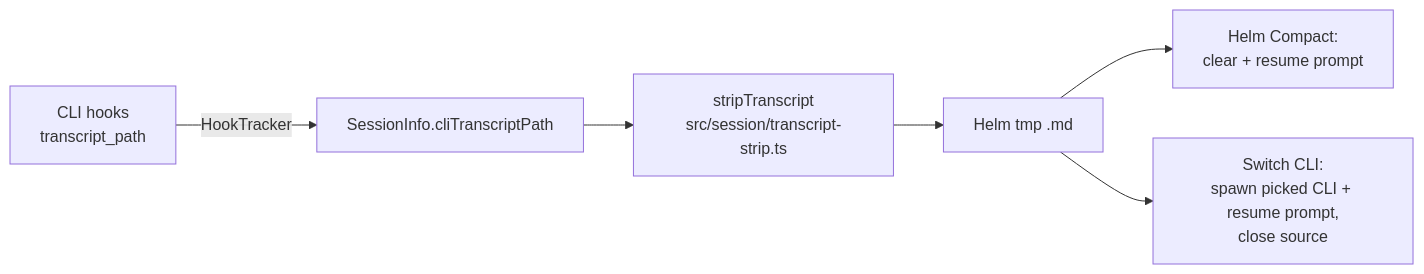
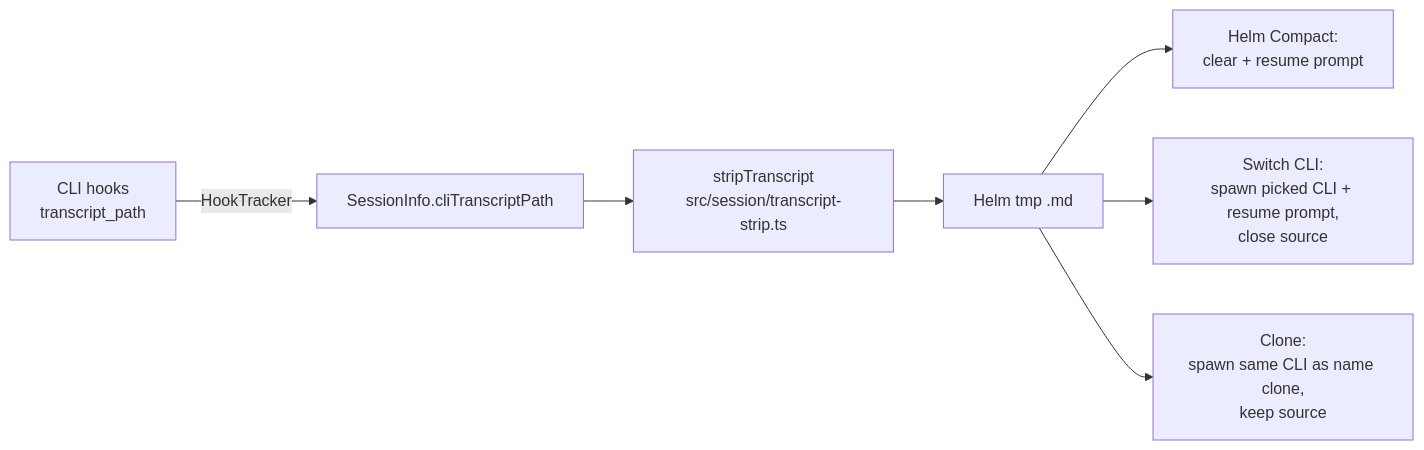
One commit to PetePeter/helm changed the diagram in docs/quick-compact-switch-cli.md. Above: the diagram before and after it, drawn with Mermaid. The commit also changed other lines of this file and 20 other files, not shown here.

````diff
--- a/docs/quick-compact-switch-cli.md
+++ b/docs/quick-compact-switch-cli.md
@@ -9,8 +10,9 @@
 ```mermaid
 graph LR
     H[CLI hooks<br/>transcript_path] -->|HookTracker| S[SessionInfo.cliTranscriptPath]
     S --> X[stripTranscript<br/>src/session/transcript-strip.ts]
     X --> F[Helm tmp .md]
     F --> C[Helm Compact:<br/>clear + resume prompt]
     F --> W[Switch CLI:<br/>spawn picked CLI + resume prompt,<br/>close source]
+    F --> K[Clone:<br/>spawn same CLI as name clone,<br/>keep source]
 ```
````
